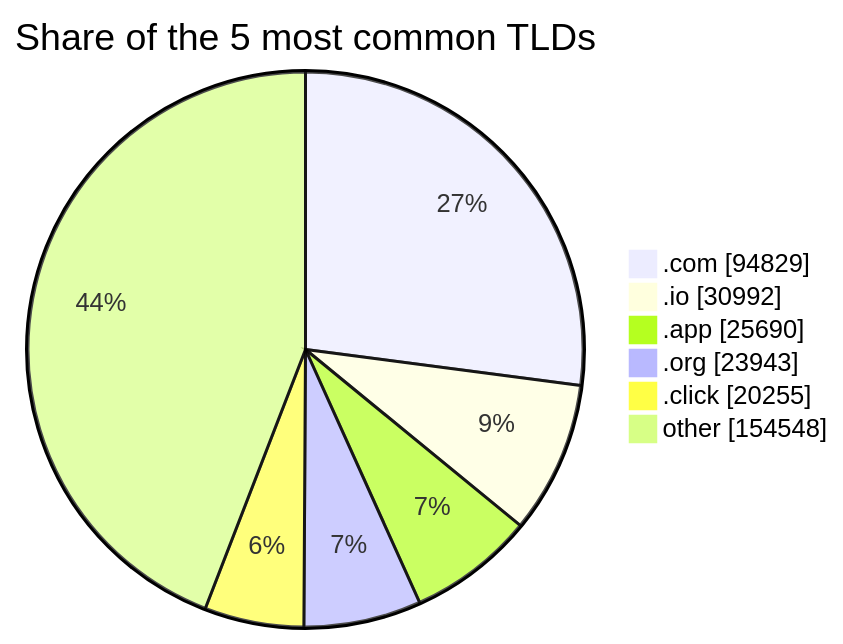
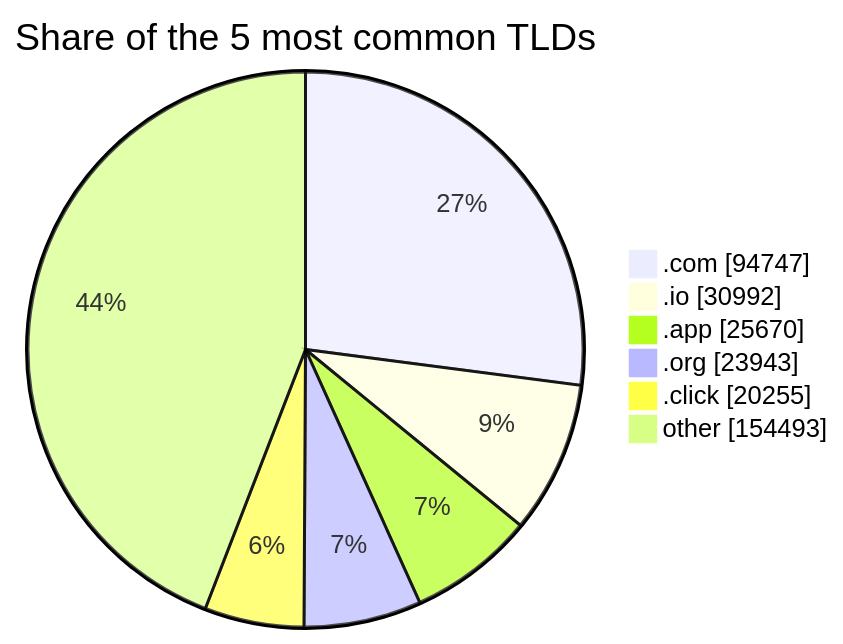
Before and after one commit to DNSBunker/CTI: the third of 3 diagrams in README.md, drawn with Mermaid. The commit also changed other lines of this file and 3 other files, not shown here.

````diff
--- a/README.md
+++ b/README.md
@@ -81,9 +81,9 @@
 ```mermaid
 pie showData title Share of the 5 most common TLDs
-    ".com" : 94829
+    ".com" : 94747
     ".io" : 30992
-    ".app" : 25690
+    ".app" : 25670
     ".org" : 23943
     ".click" : 20255
-    "other" : 154548
+    "other" : 154493
 ```
````
